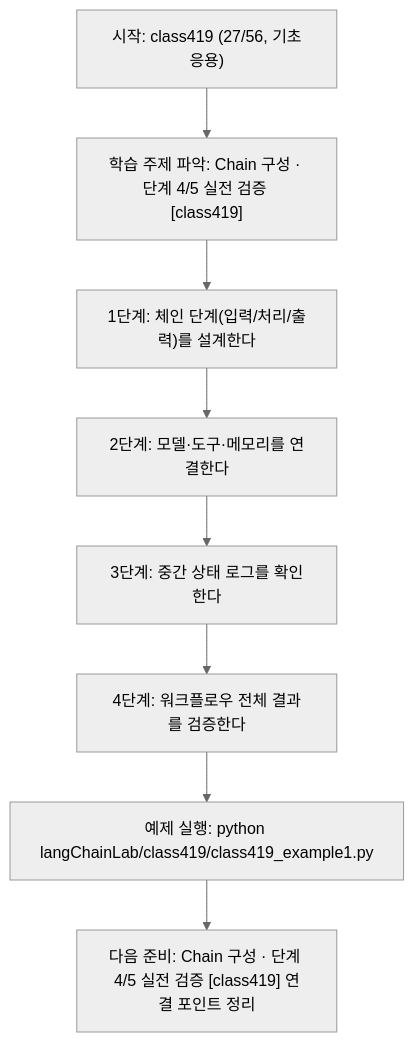
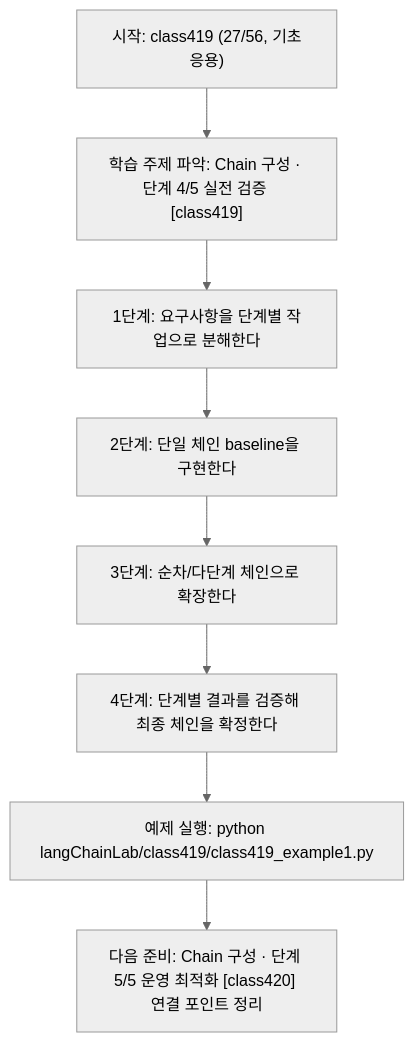
Before and after one commit to edumgt/Python-AI_Agent-Class: the diagram in langChainLab/class419/class419.md, drawn with Mermaid (neutral theme). The commit also changed other lines of this file and 395 other files, not shown here.

````diff
--- a/langChainLab/class419/class419.md
+++ b/langChainLab/class419/class419.md
@@ -109,18 +91,18 @@
 ```mermaid
 flowchart TD
 N1["시작: class419 (27/56, 기초응용)"]
 N2["학습 주제 파악: Chain 구성 · 단계 4/5 실전 검증 [class419]"]
-N3["1단계: 체인 단계(입력/처리/출력)를 설계한다"]
-N4["2단계: 모델·도구·메모리를 연결한다"]
-N5["3단계: 중간 상태 로그를 확인한다"]
-N6["4단계: 워크플로우 전체 결과를 검증한다"]
+N3["1단계: 요구사항을 단계별 작업으로 분해한다"]
+N4["2단계: 단일 체인 baseline을 구현한다"]
+N5["3단계: 순차/다단계 체인으로 확장한다"]
+N6["4단계: 단계별 결과를 검증해 최종 체인을 확정한다"]
 N7["예제 실행: python langChainLab/class419/class419_example1.py"]
-N8["다음 준비: Chain 구성 · 단계 4/5 실전 검증 [class419] 연결 포인트 정리"]
+N8["다음 준비: Chain 구성 · 단계 5/5 운영 최적화 [class420] 연결 포인트 정리"]
 N1 --> N2
 N2 --> N3
 N3 --> N4
 N4 --> N5
 N5 --> N6
 N6 --> N7
 N7 --> N8
 ```
````
